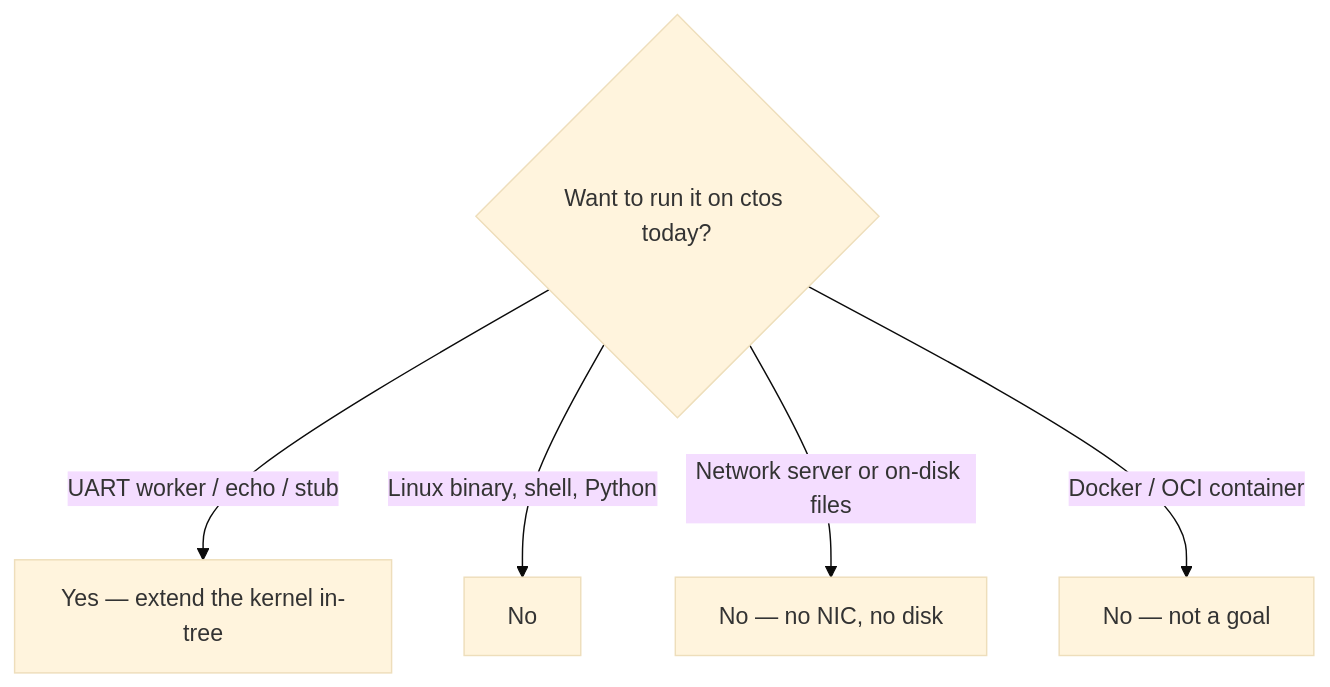
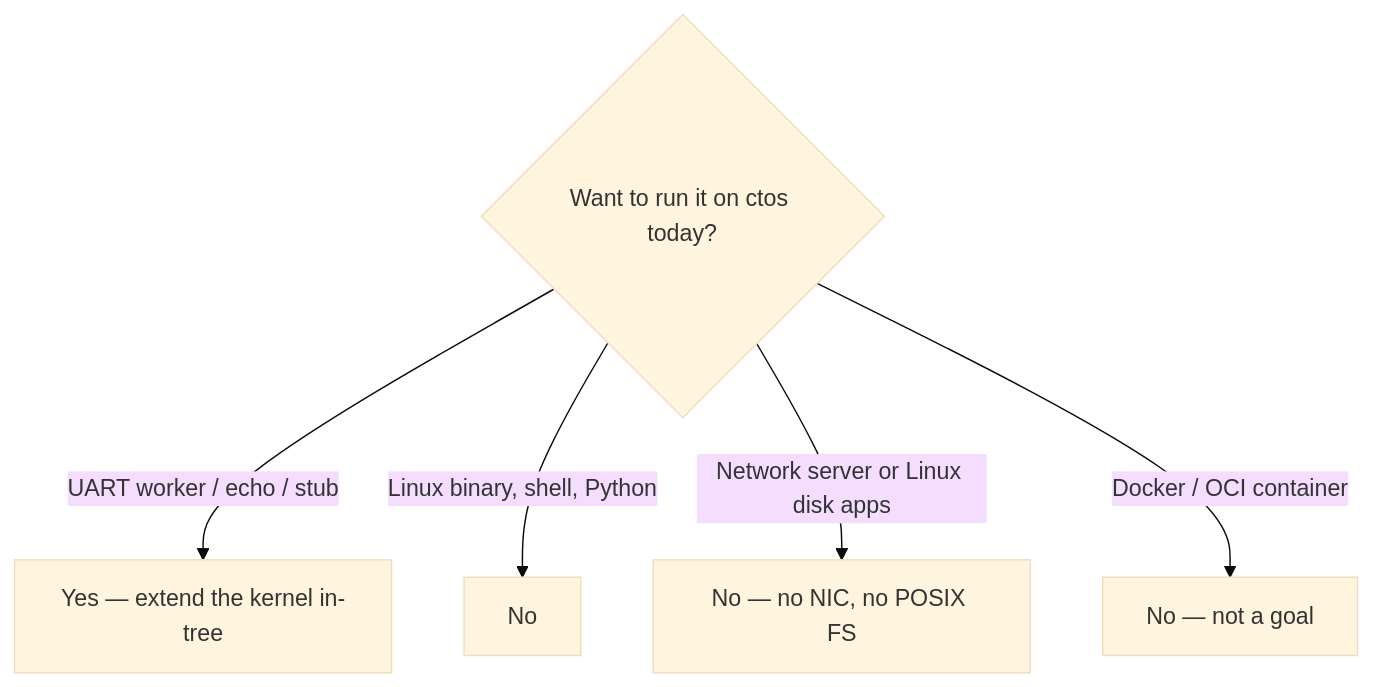
Before and after one commit to artofdream/ctos: the second of 2 diagrams in docs/overview/what-can-run.md, drawn with Mermaid (base theme). The commit also changed other lines of this file and 32 other files, not shown here.

````diff
--- a/docs/overview/what-can-run.md
+++ b/docs/overview/what-can-run.md
@@ -44,8 +44,8 @@
 ```mermaid
 flowchart TD
   Q{"Want to run it on ctos today?"}
   Q -->|UART worker / echo / stub| Y["Yes — extend the kernel in-tree"]
   Q -->|Linux binary, shell, Python| N1["No"]
-  Q -->|Network server or on-disk files| N2["No — no NIC, no disk"]
+  Q -->|Network server or Linux disk apps| N2["No — no NIC, no POSIX FS"]
   Q -->|Docker / OCI container| N3["No — not a goal"]
 ```
````
